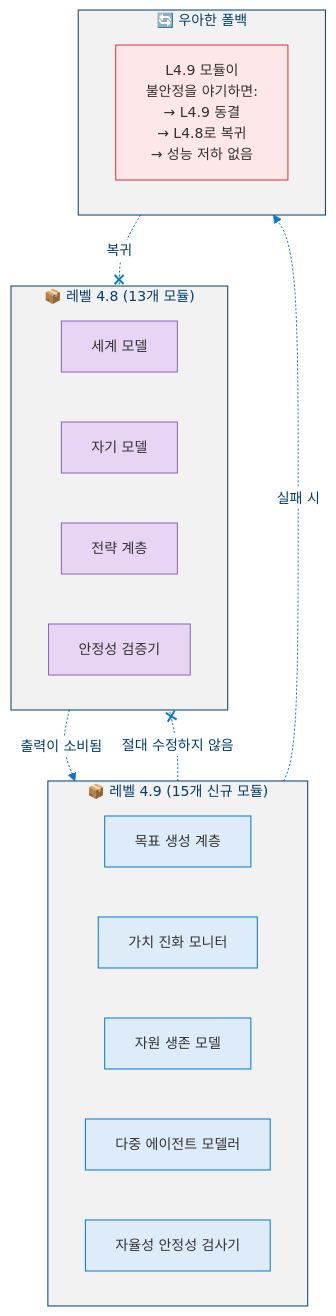
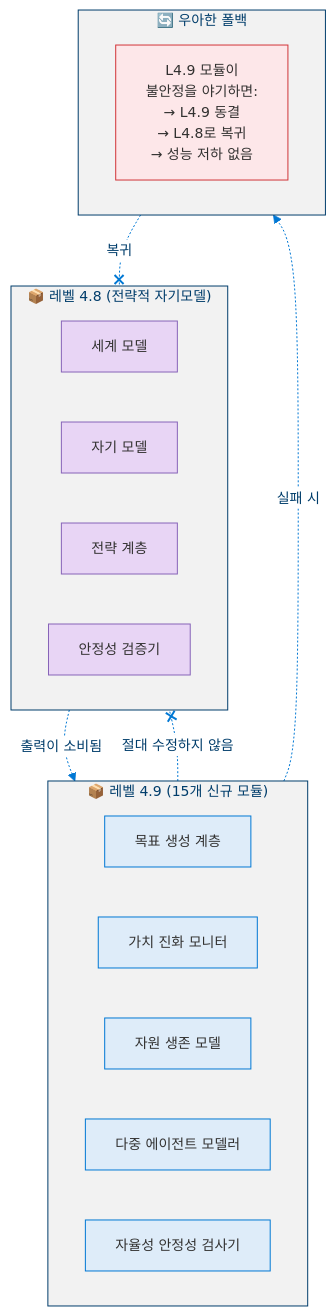
Before and after one commit to dotnetpower/mscp: the second of 19 diagrams in docs/levels/Level_4_9_Autonomous_Strategic_Agent.ko.md, drawn with Mermaid. The commit also changed other lines of this file and 16 other files, not shown here.

````diff
--- a/docs/levels/Level_4_9_Autonomous_Strategic_Agent.ko.md
+++ b/docs/levels/Level_4_9_Autonomous_Strategic_Agent.ko.md
@@ -106,31 +107,31 @@
 ```mermaid
 %%{init: {'theme': 'base', 'themeVariables': {'primaryColor': '#0078D4', 'primaryTextColor': '#003D6B', 'primaryBorderColor': '#003D6B', 'secondaryColor': '#50E6FF', 'secondaryTextColor': '#323130', 'secondaryBorderColor': '#00BCF2', 'tertiaryColor': '#F2F2F2', 'tertiaryTextColor': '#323130', 'lineColor': '#0078D4', 'textColor': '#323130', 'mainBkg': '#DEECF9', 'nodeBorder': '#0078D4', 'clusterBkg': '#F2F2F2', 'clusterBorder': '#003D6B', 'titleColor': '#003D6B', 'edgeLabelBackground': '#FFFFFF', 'fontSize': '14px'}}}%%
 flowchart TD
   classDef l48 fill:#E8D5F5,stroke:#8764B8,color:#323130
   classDef l49 fill:#DEECF9,stroke:#0078D4,color:#323130
   classDef danger fill:#FDE7E9,stroke:#D13438,color:#323130
 
-  subgraph L48["📦 레벨 4.8 (13개 모듈)"]
+  subgraph L48["📦 레벨 4.8 (전략적 자기모델)"]
     WM["세계 모델"]:::l48
     SM["자기 모델"]:::l48
     SL["전략 계층"]:::l48
     SV["안정성 검증기"]:::l48
   end
 
   subgraph L49["📦 레벨 4.9 (15개 신규 모듈)"]
     GGL["목표 생성 계층"]:::l49
     VEM["가치 진화 모니터"]:::l49
     RSM["자원 생존 모델"]:::l49
     MAM["다중 에이전트 모델러"]:::l49
     ASC["자율성 안정성 검사기"]:::l49
   end
 
   subgraph Fallback["🔄 우아한 폴백"]
     FB["L4.9 모듈이<br/>불안정을 야기하면:<br/>→ L4.9 동결<br/>→ L4.8로 복귀<br/>→ 성능 저하 없음"]:::danger
   end
 
   L48 -.->|"출력이 소비됨"| L49
   L49 -.-x|"절대 수정하지 않음"| L48
   L49 -.->|"실패 시"| Fallback
   Fallback -.-x|"복귀"| L48
 ```
````
